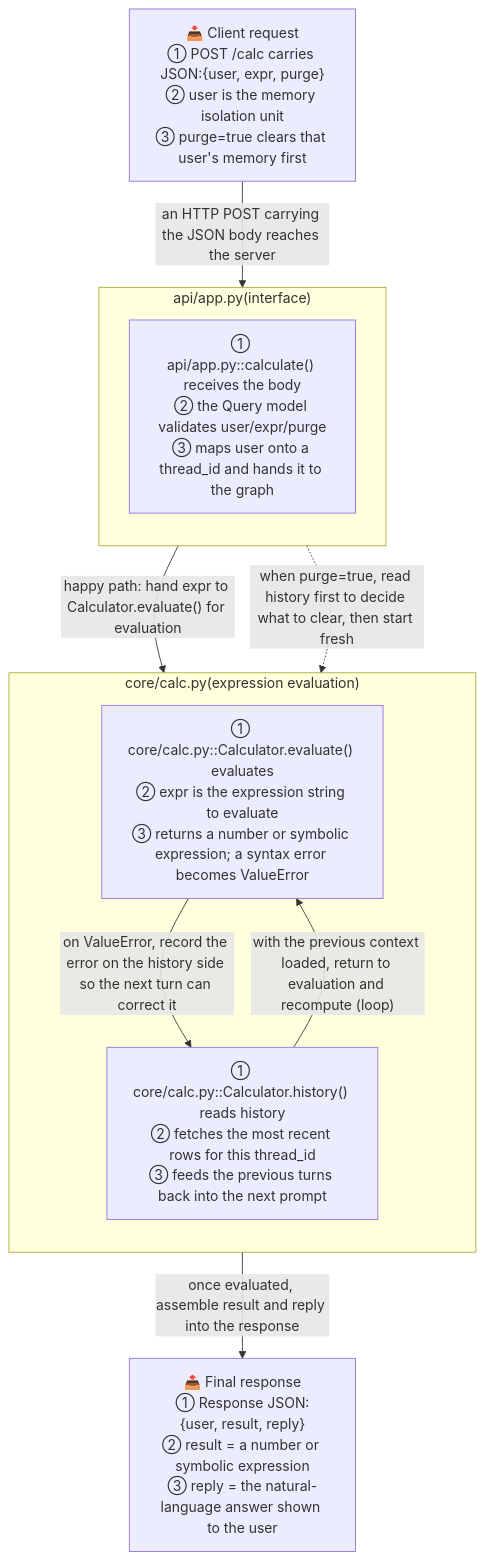
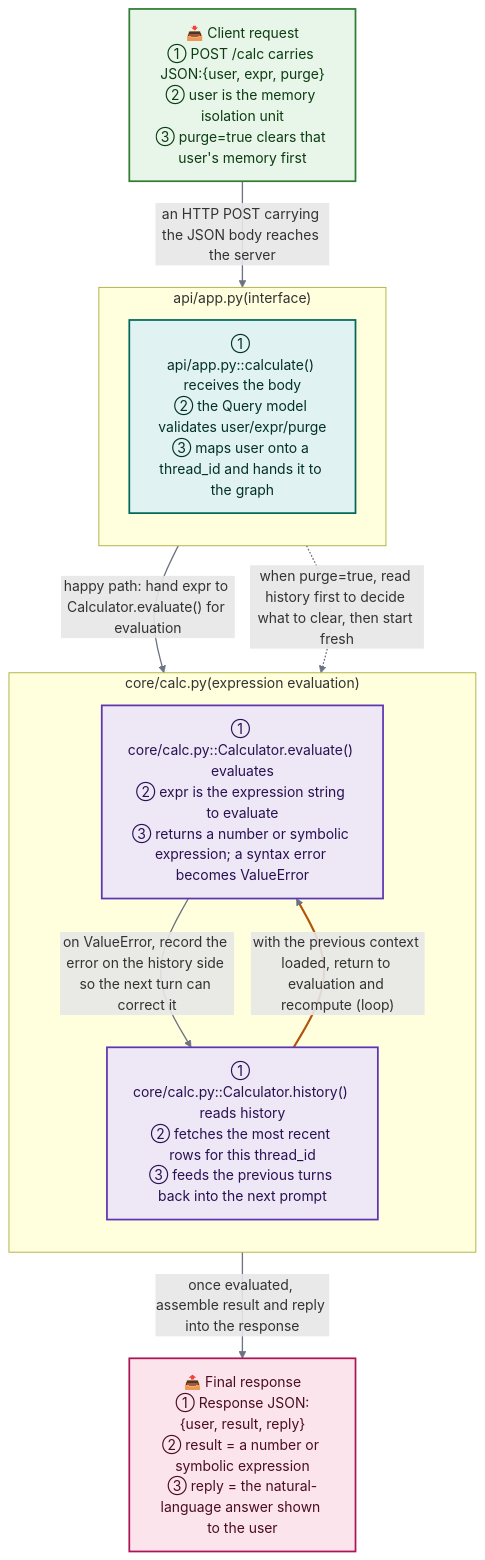
Before and after one commit to CaoN1Ma/PROJECT_FLOW: the diagram in README.md, drawn with Mermaid. The commit also changed other lines of this file and 2 other files, not shown here.

````diff
--- a/README.md
+++ b/README.md
@@ -17,29 +17,38 @@
 ```mermaid
 flowchart TD
+    %% ---- color classes: node fill, border and text color ----
+    classDef iface fill:#e0f2f1,stroke:#00695c,stroke-width:2px,color:#04302b
+    classDef core  fill:#ede7f6,stroke:#5e35b1,stroke-width:2px,color:#2a1152
+    classDef io    fill:#e8f5e9,stroke:#2e7d32,stroke-width:2px,color:#0c3d12
+    classDef out   fill:#fce4ec,stroke:#ad1457,stroke-width:2px,color:#4a0d24
+
     %% ==================== Input:client request ====================
-    IN1["📥 Client request<br/>① POST /calc carries JSON:{user, expr, purge}<br/>② user is the memory isolation unit<br/>③ purge=true clears that user's memory first"]
+    IN1["📥 Client request<br/>① POST /calc carries JSON:{user, expr, purge}<br/>② user is the memory isolation unit<br/>③ purge=true clears that user's memory first"]:::io
 
     %% ==================== Interface:receive and orchestrate ====================
     subgraph SUB_APP["api/app.py(interface)"]
         direction TB
-        A1["① api/app.py::calculate() receives the body<br/>② the Query model validates user/expr/purge<br/>③ maps user onto a thread_id and hands it to the graph"]
+        A1["① api/app.py::calculate() receives the body<br/>② the Query model validates user/expr/purge<br/>③ maps user onto a thread_id and hands it to the graph"]:::iface
     end
 
     %% ==================== Core:calculation loop ====================
     subgraph SUB_CORE["core/calc.py(expression evaluation)"]
         direction TB
-        C1["① core/calc.py::Calculator.evaluate() evaluates<br/>② expr is the expression string to evaluate<br/>③ returns a number or symbolic expression; a syntax error becomes ValueError"]
-        C2["① core/calc.py::Calculator.history() reads history<br/>② fetches the most recent rows for this thread_id<br/>③ feeds the previous turns back into the next prompt"]
+        C1["① core/calc.py::Calculator.evaluate() evaluates<br/>② expr is the expression string to evaluate<br/>③ returns a number or symbolic expression; a syntax error becomes ValueError"]:::core
+        C2["① core/calc.py::Calculator.history() reads history<br/>② fetches the most recent rows for this thread_id<br/>③ feeds the previous turns back into the next prompt"]:::core
     end
 
     %% ==================== Output:HTTP response ====================
-    OUT1["📤 Final response<br/>① Response JSON:{user, result, reply}<br/>② result = a number or symbolic expression<br/>③ reply = the natural-language answer shown to the user"]
+    OUT1["📤 Final response<br/>① Response JSON:{user, result, reply}<br/>② result = a number or symbolic expression<br/>③ reply = the natural-language answer shown to the user"]:::out
 
     %% ==================== Edges (every one carries a concrete explanation) ====================
     IN1 -- "an HTTP POST carrying the JSON body reaches the server" --> A1
     A1  -- "happy path: hand expr to Calculator.evaluate() for evaluation" --> C1
     A1  -. "when purge=true, read history first to decide what to clear, then start fresh" .-> C2
     C1  -- "on ValueError, record the error on the history side so the next turn can correct it" --> C2
     C2  -- "with the previous context loaded, return to evaluation and recompute (loop)" --> C1
     C1  -- "once evaluated, assemble result and reply into the response" --> OUT1
+
+    linkStyle default stroke:#6b7280,stroke-width:1.5px
+    linkStyle 4 stroke:#b45309,stroke-width:2.5px
 ```
````
